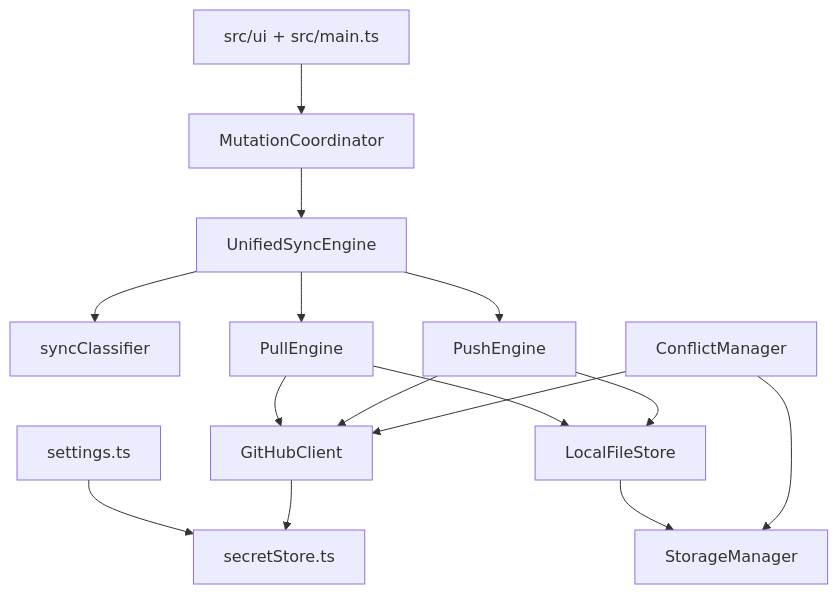
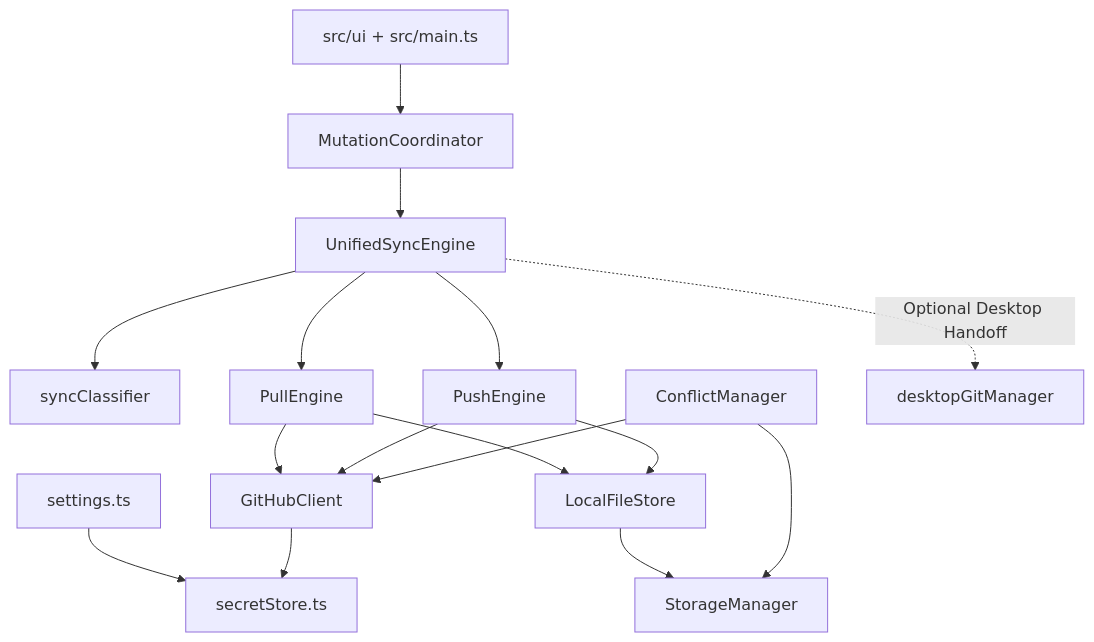
The second of 3 diagrams in docs/ARCHITECTURE.md (ankhang0704/github-vault-relay), drawn with Mermaid before and after one commit. The commit also changed other lines of this file and 15 other files, not shown here.

````diff
--- a/docs/ARCHITECTURE.md
+++ b/docs/ARCHITECTURE.md
@@ -21,17 +21,18 @@
 ```mermaid
 flowchart TD
     UI[src/ui + src/main.ts] --> Lease[MutationCoordinator]
     Lease --> Unified[UnifiedSyncEngine]
     Unified --> Classifier[syncClassifier]
     Unified --> Pull[PullEngine]
     Unified --> Push[PushEngine]
     Pull --> Client[GitHubClient]
     Push --> Client
     Pull --> LocalStore[LocalFileStore]
     Push --> LocalStore
     LocalStore --> Store[StorageManager]
     Conf[ConflictManager] --> Client
     Conf --> Store
     Settings[settings.ts] --> Secrets[secretStore.ts]
     Client --> Secrets
+    Unified -.->|Optional Desktop Handoff| DesktopGit[desktopGitManager]
 ```
````
